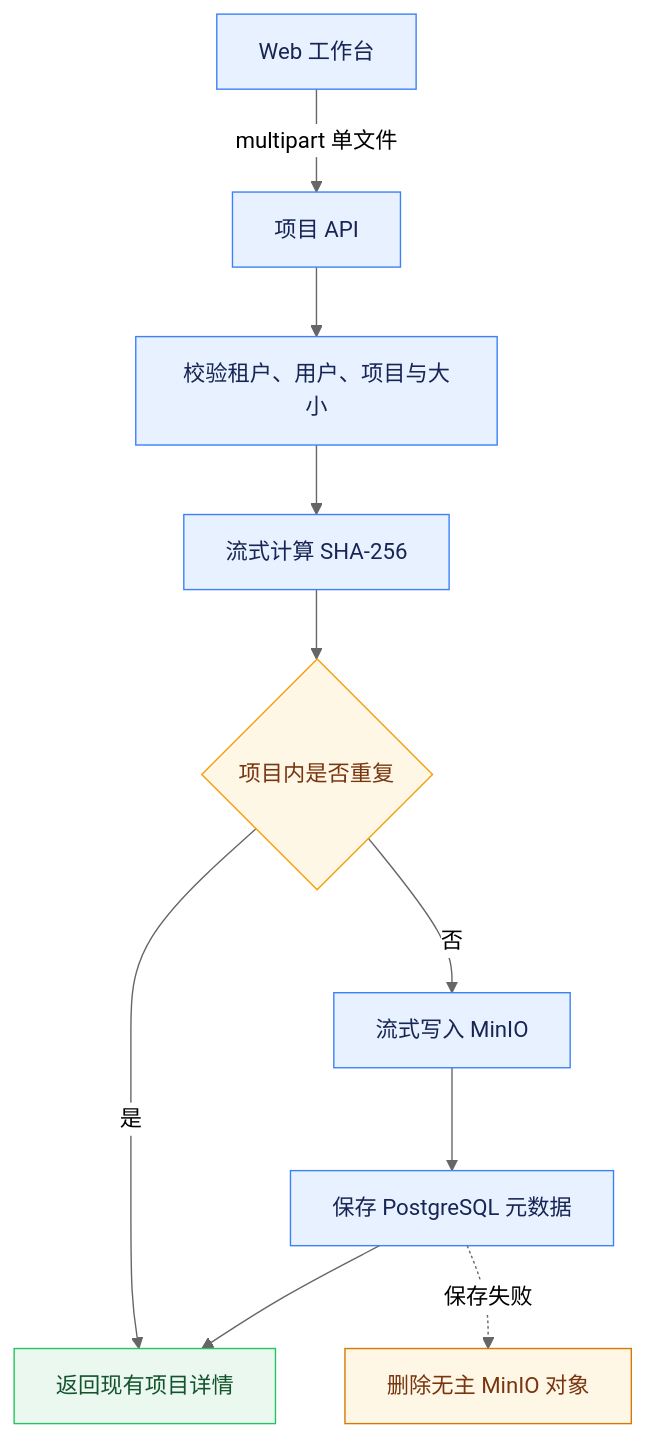
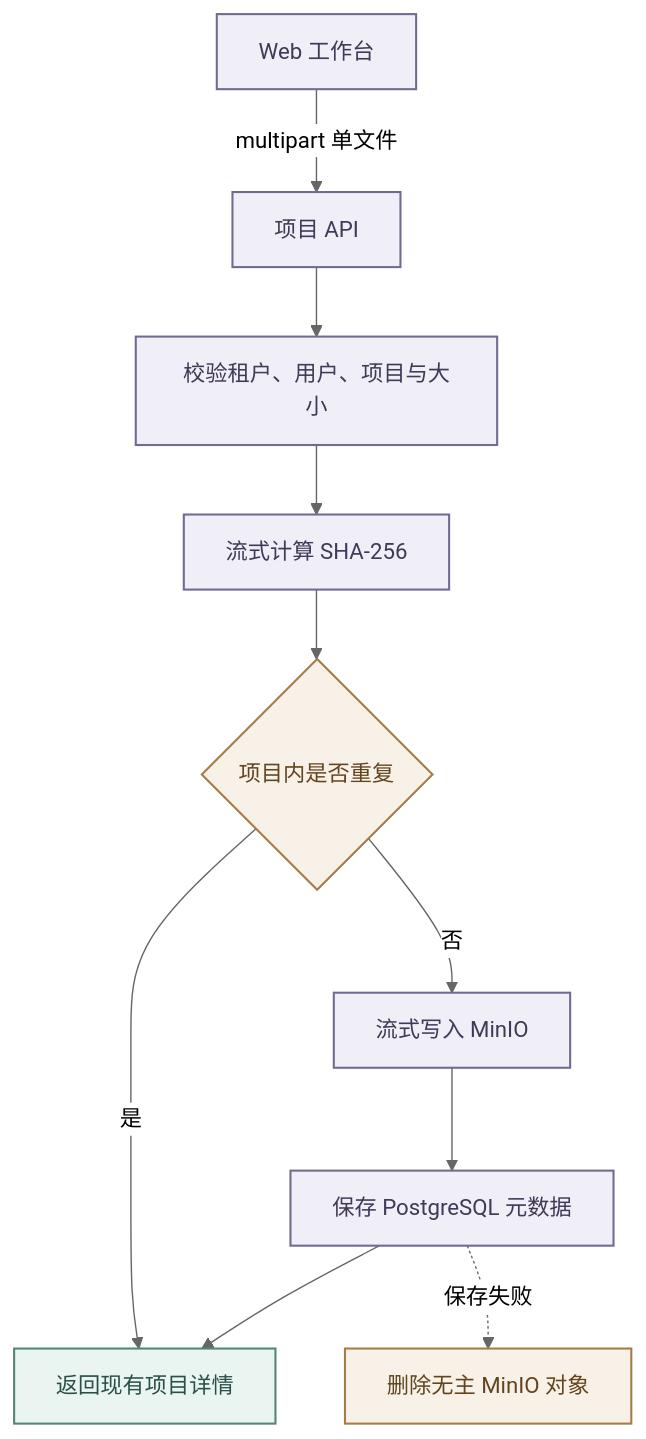
The diagram in agent-doc/业务功能/项目深挖与材料管理.md (Logistic98/job-buddy), drawn with Mermaid (neutral theme) before and after one commit. The commit also changed other lines of this file and 32 other files, not shown here.

Commit message:
docs: align engine context and diagram guidance

````diff
--- a/agent-doc/业务功能/项目深挖与材料管理.md
+++ b/agent-doc/业务功能/项目深挖与材料管理.md
@@ -23,21 +28,21 @@
 ```mermaid
 graph TD
     FE[Web 工作台] -->|multipart 单文件| BE[项目 API]
     BE --> V["校验租户、用户、项目与大小"]
     V --> H[流式计算 SHA-256]
     H --> D{项目内是否重复}
     D -->|是| R[返回现有项目详情]
     D -->|否| O[流式写入 MinIO]
     O --> M[保存 PostgreSQL 元数据]
     M --> R
     M -.->|保存失败| C[删除无主 MinIO 对象]
 
-    classDef process fill:#E8F1FF,stroke:#3B82F6,color:#172554;
-    classDef decision fill:#FFF7E6,stroke:#F59E0B,color:#78350F;
-    classDef result fill:#EAF8F0,stroke:#22C55E,color:#14532D;
-    classDef cleanup fill:#FFF7E6,stroke:#D97706,color:#78350F;
+    classDef process fill:#F0EEF6,stroke:#746A91,color:#403957,stroke-width:1.5px;
+    classDef decision fill:#F8F1E7,stroke:#A67C48,color:#62451F,stroke-width:1.5px;
+    classDef result fill:#EAF4F1,stroke:#548678,color:#294F47,stroke-width:1.5px;
+    classDef cleanup fill:#F8F1E7,stroke:#A67C48,color:#62451F,stroke-width:1.5px;
     class FE,BE,V,H,O,M process;
     class D decision;
     class R result;
     class C cleanup;
 ```
````
